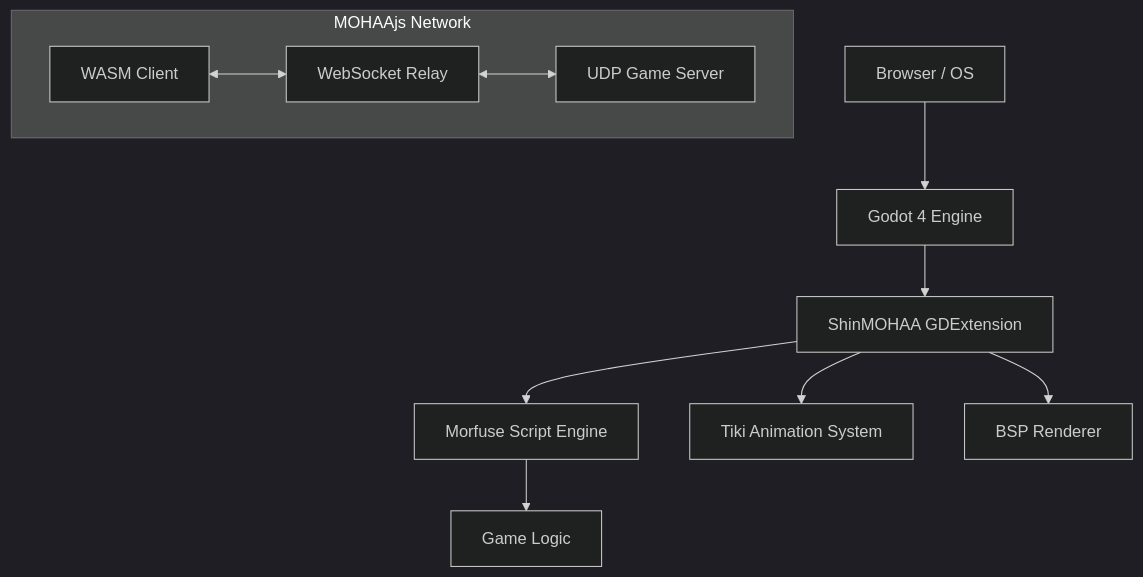
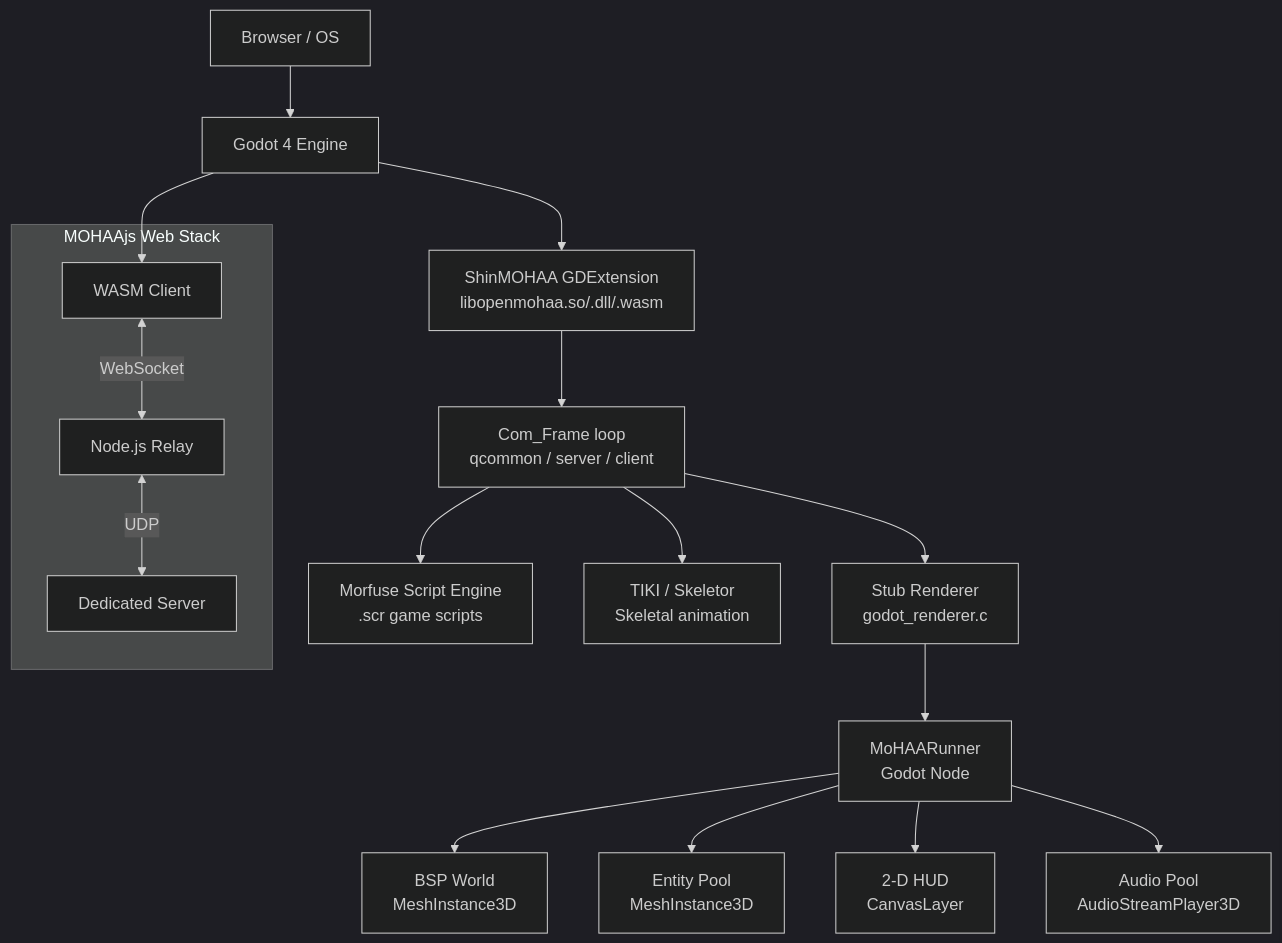
The diagram in README.md (elgansayer/opm-godot), drawn with Mermaid (dark theme) before and after one commit. The commit also changed other lines of this file, not shown here.

First line of the commit message:
docs: expand README from stub to comprehensive reference (#111)

````diff
--- a/README.md
+++ b/README.md
@@ -40,13 +128,19 @@
 ```mermaid
 graph TD
     A[Browser / OS] --> B[Godot 4 Engine]
-    B --> C[ShinMOHAA GDExtension]
-    C --> D[Morfuse Script Engine]
-    C --> E[Tiki Animation System]
-    C --> F[BSP Renderer]
-    D --> G[Game Logic]
-    subgraph "MOHAAjs Network"
-    H[WASM Client] <--> I[WebSocket Relay]
-    I <--> J[UDP Game Server]
+    B --> C[ShinMOHAA GDExtension<br/>libopenmohaa.so/.dll/.wasm]
+    C --> D[Com_Frame loop<br/>qcommon / server / client]
+    D --> E[Morfuse Script Engine<br/>.scr game scripts]
+    D --> F[TIKI / Skeletor<br/>Skeletal animation]
+    D --> G[Stub Renderer<br/>godot_renderer.c]
+    G --> H[MoHAARunner<br/>Godot Node]
+    H --> I[BSP World<br/>MeshInstance3D]
+    H --> J[Entity Pool<br/>MeshInstance3D]
+    H --> K[2-D HUD<br/>CanvasLayer]
+    H --> L[Audio Pool<br/>AudioStreamPlayer3D]
+    subgraph "MOHAAjs Web Stack"
+        M[WASM Client] <-->|WebSocket| N[Node.js Relay]
+        N <-->|UDP| O[Dedicated Server]
     end
+    B --> M
 ```
````
